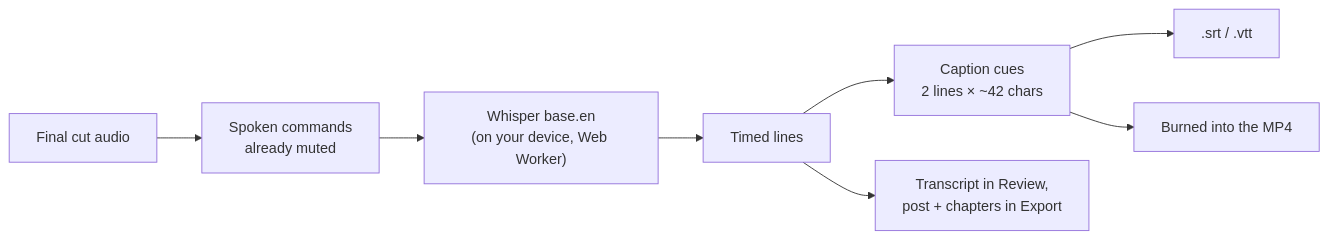
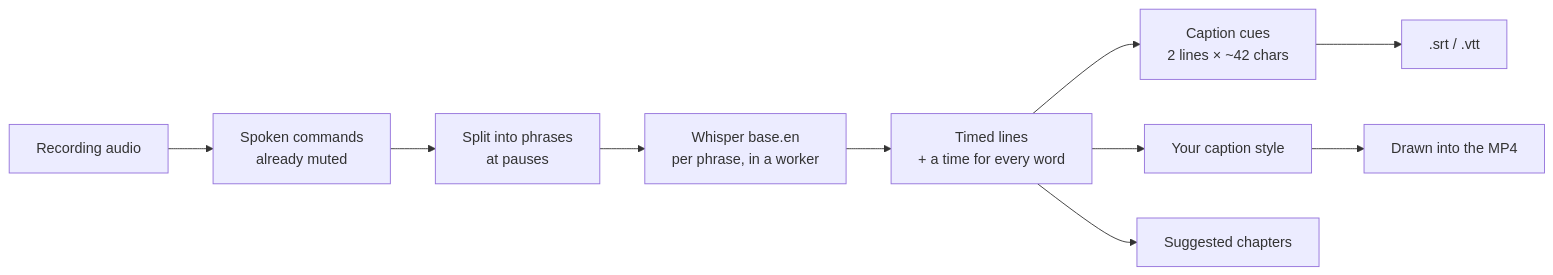
Before and after one commit to ScRocXx/Take1: the fifth of 6 diagrams in README.md, drawn with Mermaid. The commit also changed other lines of this file and 13 other files, not shown here.

````diff
--- a/README.md
+++ b/README.md
@@ -340,10 +279,11 @@
 ```mermaid
 flowchart LR
-    T[Final cut audio] --> S[Spoken commands<br/>already muted]
-    S --> W["Whisper base.en<br/>(on your device, Web Worker)"]
-    W --> L[Timed lines]
+    T[Recording audio] --> S[Spoken commands<br/>already muted]
+    S --> G[Split into phrases<br/>at pauses]
+    G --> W["Whisper base.en<br/>per phrase, in a worker"]
+    W --> L[Timed lines<br/>+ a time for every word]
     L --> C[Caption cues<br/>2 lines × ~42 chars]
     C --> F1[.srt / .vtt]
-    C --> F2[Burned into the MP4]
-    L --> P[Transcript in Review,<br/>post + chapters in Export]
+    L --> ST[Your caption style] --> F2[Drawn into the MP4]
+    L --> CH[Suggested chapters]
 ```
````
